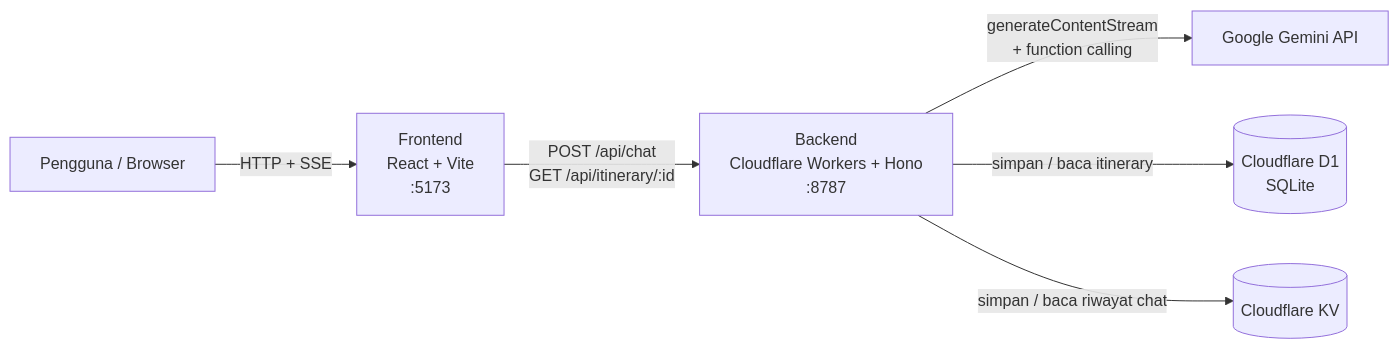
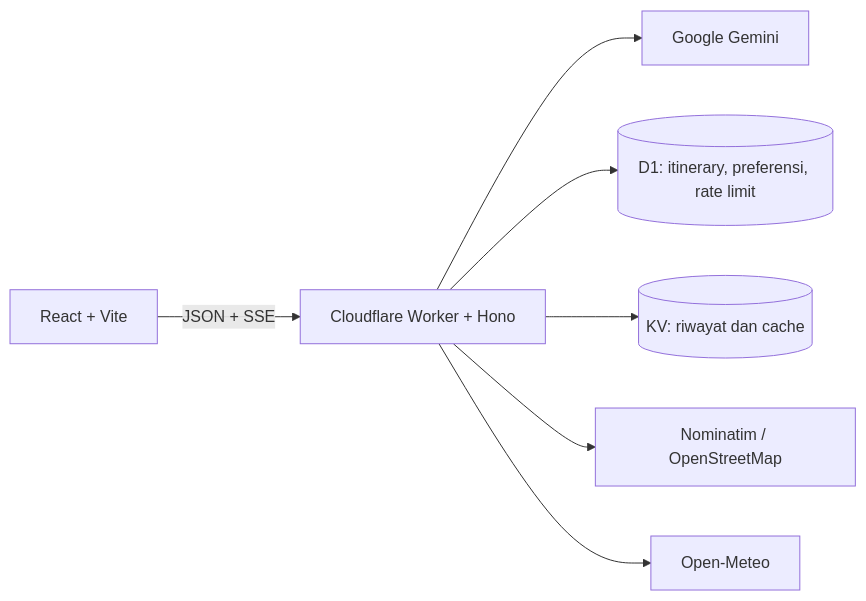
One commit to NAxel-code/AI-Travel-Chatbot changed the diagram in README.md. Above: the diagram before and after it, drawn with Mermaid. The commit also changed other lines of this file and 28 other files, not shown here.

````diff
--- a/README.md
+++ b/README.md
@@ -37,8 +21,9 @@
 ```mermaid
 graph LR
-    U[Pengguna / Browser] -->|HTTP + SSE| FE[Frontend<br/>React + Vite<br/>:5173]
-    FE -->|POST /api/chat<br/>GET /api/itinerary/:id| BE[Backend<br/>Cloudflare Workers + Hono<br/>:8787]
-    BE -->|generateContentStream<br/>+ function calling| G[Google Gemini API]
-    BE -->|simpan / baca itinerary| D1[(Cloudflare D1<br/>SQLite)]
-    BE -->|simpan / baca riwayat chat| KV[(Cloudflare KV)]
+  Browser[React + Vite] -->|JSON + SSE| Worker[Cloudflare Worker + Hono]
+  Worker --> Gemini[Google Gemini]
+  Worker --> D1[(D1: itinerary, preferensi, rate limit)]
+  Worker --> KV[(KV: riwayat dan cache)]
+  Worker --> OSM[Nominatim / OpenStreetMap]
+  Worker --> Weather[Open-Meteo]
 ```
````
